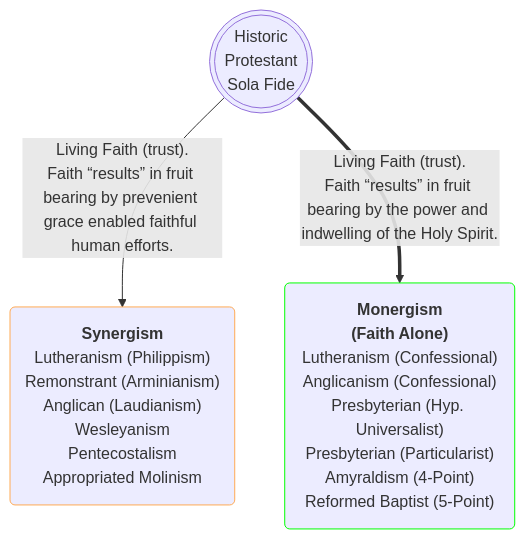
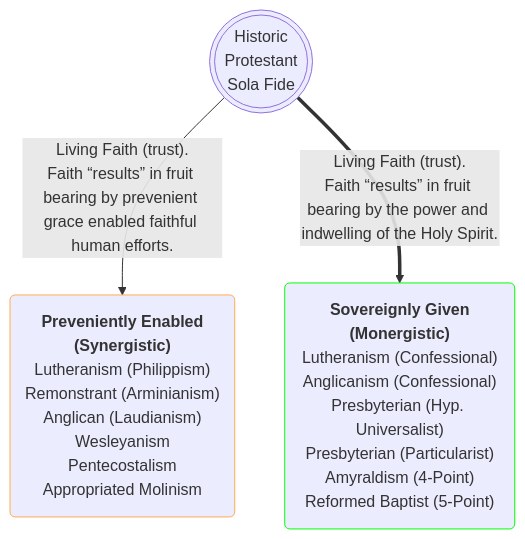
Before and after one commit to OrdoLuminis/ordoluminis.github.io: the third of 4 diagrams in _posts/2025-08-03-historic-protestant-position.markdown, drawn with Mermaid. The commit also changed other lines of this file, not shown here.

````diff
--- a/_posts/2025-08-03-historic-protestant-position.markdown
+++ b/_posts/2025-08-03-historic-protestant-position.markdown
@@ -98,8 +97,8 @@
 ```mermaid
 flowchart TD
     A(((Historic<br>Protestant<br>Sola Fide)))
-    A -->|Living Faith &lpar;trust&rpar;.<br>Faith &ldquo;results&rdquo; in fruit bearing by prevenient grace enabled faithful human efforts.| H(<strong>Synergism</strong><br>Lutheranism &lpar;Philippism&rpar;<br>Remonstrant &lpar;Arminianism&rpar;<br>Anglican &lpar;Laudianism&rpar;<br>Wesleyanism<br>Pentecostalism<br>Appropriated Molinism):::orange
-    A ==>|Living Faith &lpar;trust&rpar;.<br>Faith &ldquo;results&rdquo; in fruit bearing by the power and indwelling of the Holy Spirit.| G(<strong>Monergism<br>&lpar;Faith Alone&rpar;</strong><br>Lutheranism &lpar;Confessional&rpar;<br>Anglicanism &lpar;Confessional&rpar;<br>Presbyterian &lpar;Hyp. Universalist&rpar;<br>Presbyterian &lpar;Particularist&rpar;<br>Amyraldism &lpar;4-Point&rpar;<br>Reformed Baptist &lpar;5-Point&rpar;):::green
+    A -->|Living Faith &lpar;trust&rpar;.<br>Faith &ldquo;results&rdquo; in fruit bearing by prevenient grace enabled faithful human efforts.| H(<strong>Preveniently Enabled<br>&lpar;Synergistic&rpar;</strong><br>Lutheranism &lpar;Philippism&rpar;<br>Remonstrant &lpar;Arminianism&rpar;<br>Anglican &lpar;Laudianism&rpar;<br>Wesleyanism<br>Pentecostalism<br>Appropriated Molinism):::orange
+    A ==>|Living Faith &lpar;trust&rpar;.<br>Faith &ldquo;results&rdquo; in fruit bearing by the power and indwelling of the Holy Spirit.| G(<strong>Sovereignly Given<br>&lpar;Monergistic&rpar;</strong><br>Lutheranism &lpar;Confessional&rpar;<br>Anglicanism &lpar;Confessional&rpar;<br>Presbyterian &lpar;Hyp. Universalist&rpar;<br>Presbyterian &lpar;Particularist&rpar;<br>Amyraldism &lpar;4-Point&rpar;<br>Reformed Baptist &lpar;5-Point&rpar;):::green
     classDef green stroke:#0f0
     classDef orange stroke:#fa5
 ```
````
